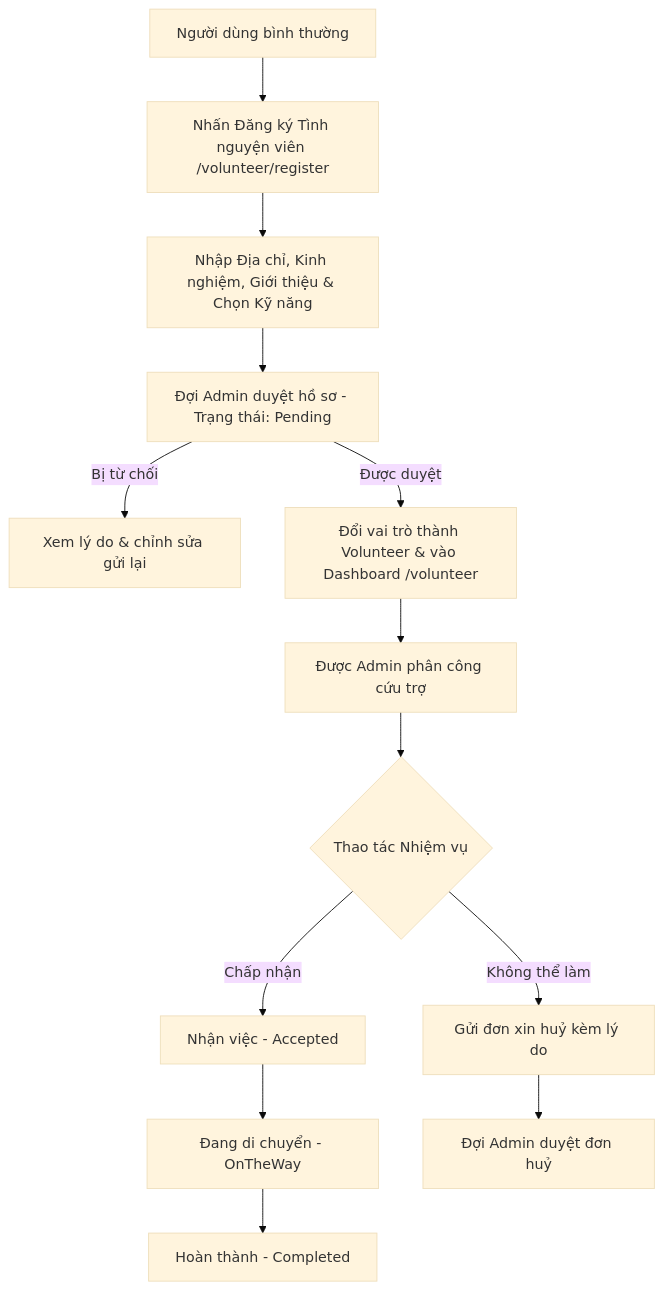
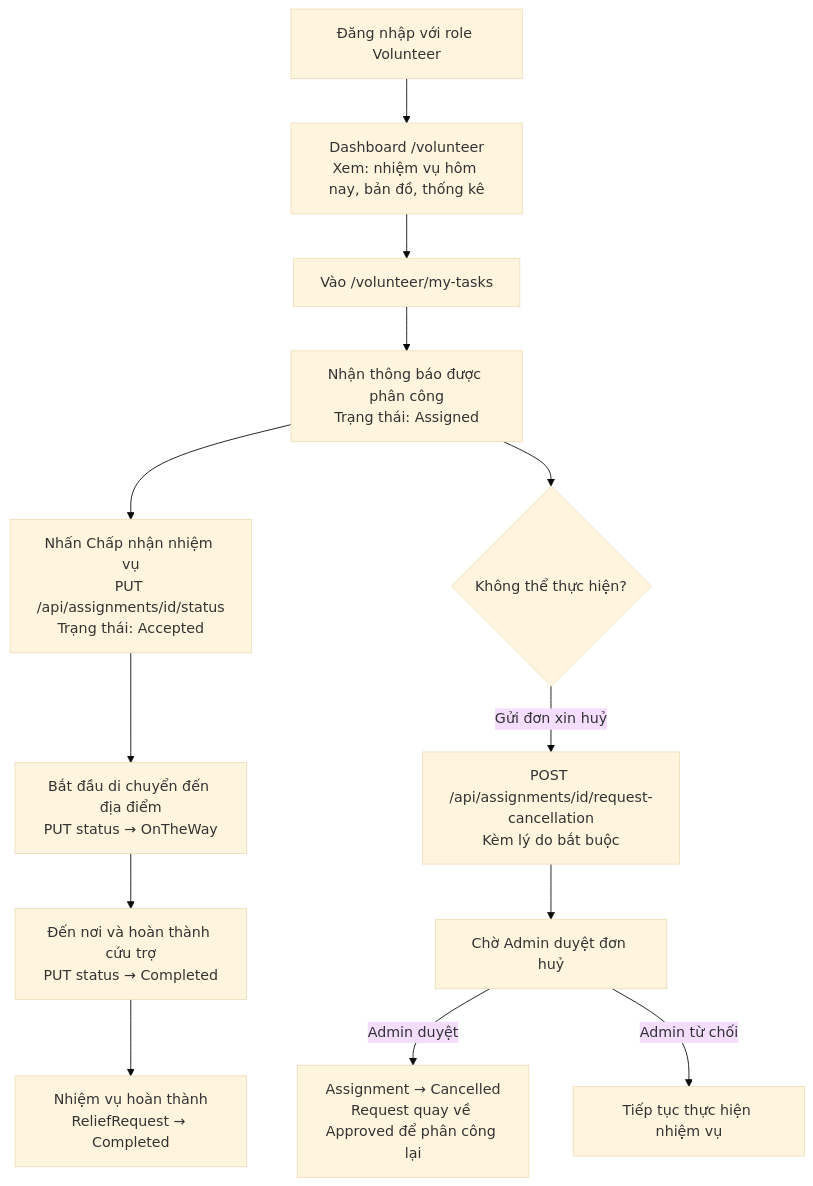
One commit to Relief-Platform/FRONTEND changed the fourth of 11 diagrams in README.md. Above: the diagram before and after it, drawn with Mermaid (base theme). The commit also changed other lines of this file, not shown here.

````diff
--- a/README.md
+++ b/README.md
@@ -279,12 +284,16 @@
 ```mermaid
 graph TD
-    A[Người dùng bình thường] --> B[Nhấn Đăng ký Tình nguyện viên /volunteer/register]
-    B --> C[Nhập Địa chỉ, Kinh nghiệm, Giới thiệu & Chọn Kỹ năng]
-    C --> D[Đợi Admin duyệt hồ sơ - Trạng thái: Pending]
-    D -- Bị từ chối --> E[Xem lý do & chỉnh sửa gửi lại]
-    D -- Được duyệt --> F[Đổi vai trò thành Volunteer & vào Dashboard /volunteer]
-    F --> G[Được Admin phân công cứu trợ]
-    G --> H{Thao tác Nhiệm vụ}
-    H -- Chấp nhận --> I[Nhận việc - Accepted] --> J[Đang di chuyển - OnTheWay] --> K[Hoàn thành - Completed]
-    H -- Không thể làm --> L[Gửi đơn xin huỷ kèm lý do] --> M[Đợi Admin duyệt đơn huỷ]
+    A[Đăng nhập với role Volunteer] --> B[Dashboard /volunteer\nXem: nhiệm vụ hôm nay, bản đồ, thống kê]
+    B --> C[Vào /volunteer/my-tasks]
+    C --> D[Nhận thông báo được phân công\nTrạng thái: Assigned]
+    D --> E[Nhấn Chấp nhận nhiệm vụ\nPUT /api/assignments/id/status\nTrạng thái: Accepted]
+    E --> F[Bắt đầu di chuyển đến địa điểm\nPUT status → OnTheWay]
+    F --> G[Đến nơi và hoàn thành cứu trợ\nPUT status → Completed]
+    G --> H[Nhiệm vụ hoàn thành\nReliefRequest → Completed]
+
+    D --> I{Không thể thực hiện?}
+    I -- Gửi đơn xin huỷ --> J[POST /api/assignments/id/request-cancellation\nKèm lý do bắt buộc]
+    J --> K[Chờ Admin duyệt đơn huỷ]
+    K -- Admin duyệt --> L[Assignment → Cancelled\nRequest quay về Approved để phân công lại]
+    K -- Admin từ chối --> M[Tiếp tục thực hiện nhiệm vụ]
 ```
````
